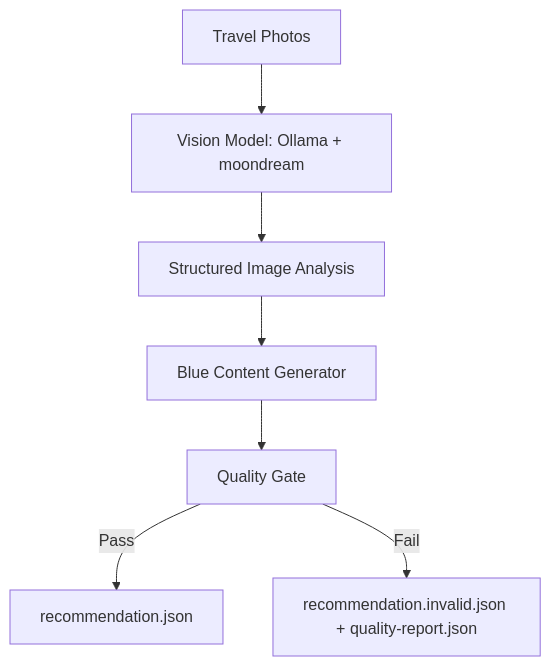
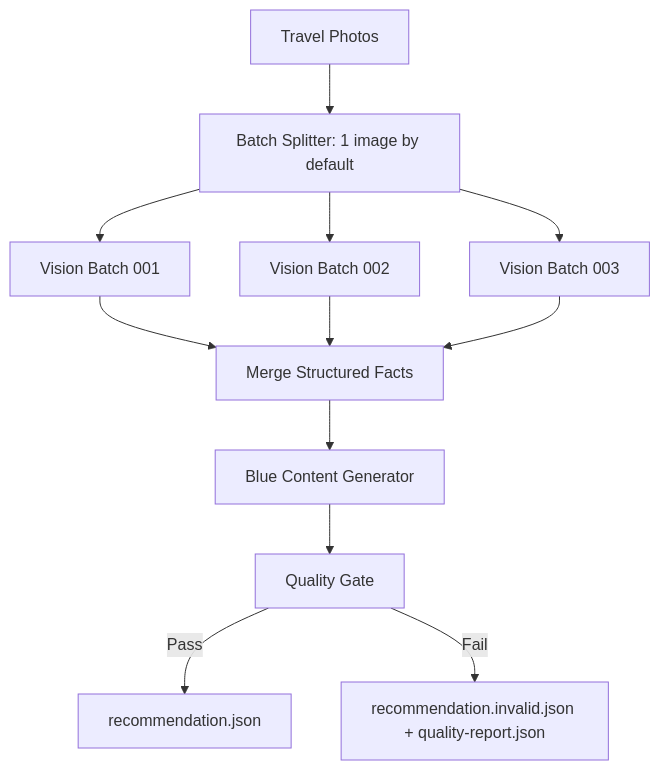
One commit to blueborderatlas/blue-border changed the diagram in tools/ai-content-generator/docs/AI_PIPELINE.md. Above: the diagram before and after it, drawn with Mermaid. The commit also changed other lines of this file and 32 other files, not shown here.

````diff
--- a/tools/ai-content-generator/docs/AI_PIPELINE.md
+++ b/tools/ai-content-generator/docs/AI_PIPELINE.md
@@ -9,9 +9,14 @@
 ```mermaid
 flowchart TD
-    A["Travel Photos"] --> B["Vision Model: Ollama + moondream"]
-    B --> C["Structured Image Analysis"]
-    C --> D["Blue Content Generator"]
-    D --> E["Quality Gate"]
-    E -->|Pass| F["recommendation.json"]
-    E -->|Fail| G["recommendation.invalid.json + quality-report.json"]
+    A["Travel Photos"] --> B["Batch Splitter: 1 image by default"]
+    B --> C1["Vision Batch 001"]
+    B --> C2["Vision Batch 002"]
+    B --> C3["Vision Batch 003"]
+    C1 --> D["Merge Structured Facts"]
+    C2 --> D
+    C3 --> D
+    D --> E["Blue Content Generator"]
+    E --> F["Quality Gate"]
+    F -->|Pass| G["recommendation.json"]
+    F -->|Fail| H["recommendation.invalid.json + quality-report.json"]
 ```
````
